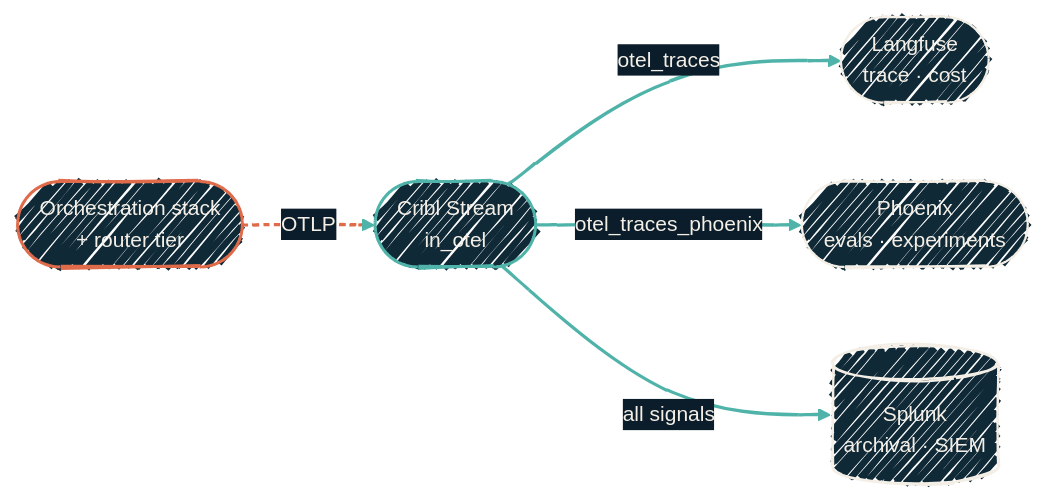
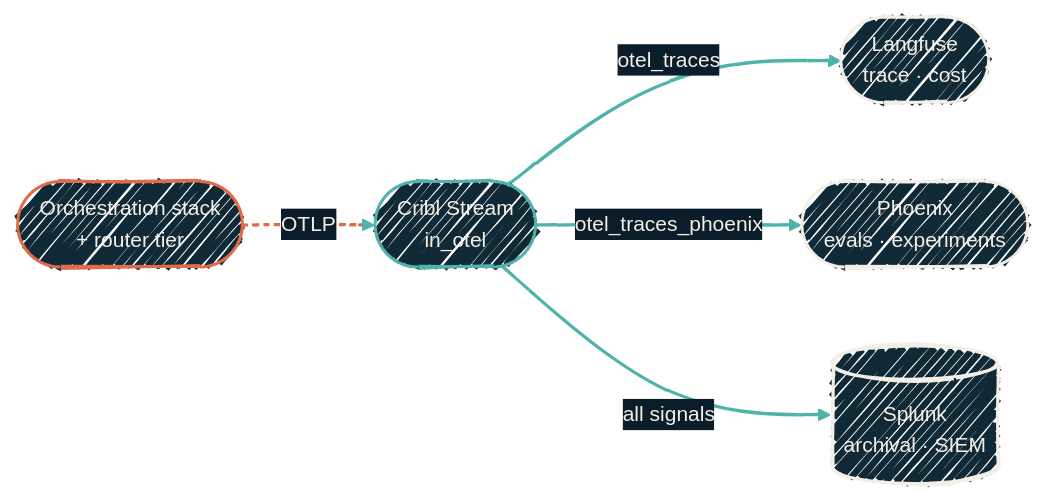
One commit to JacobPEvans/docs changed the diagram in observability/phoenix.mdx. Above: the diagram before and after it, drawn with Mermaid. The commit also changed other lines of this file and 3 other files, not shown here.

````diff
--- a/observability/phoenix.mdx
+++ b/observability/phoenix.mdx
@@ -61,27 +63,27 @@
 ```mermaid
 %%{init: {'theme':'base','look':'handDrawn','themeVariables':{'fontFamily':'Geist','fontSize':'14px','primaryColor':'#102937','primaryTextColor':'#F4EFE6','primaryBorderColor':'#4FB3A9','lineColor':'#4FB3A9','secondaryColor':'#0B1D2A','tertiaryColor':'#1A2A38','clusterBkg':'rgba(79,179,169,0.08)','clusterBorder':'#4FB3A9'}}}%%
 flowchart LR
   Apps([Orchestration stack<br/>+ router tier])
   Stream([Cribl Stream<br/>in_otel])
   LF([Langfuse<br/>trace · cost])
   PX([Phoenix<br/>evals · experiments])
   SP[(Splunk<br/>archival · SIEM)]
 
   Apps -->|OTLP| Stream
   Stream -->|otel_traces| LF
   Stream -->|otel_traces_phoenix| PX
   Stream -->|all signals| SP
 
-  classDef app  fill:#102937,stroke:#E06B4A,stroke-width:2px,color:#F4EFE6;
-  classDef hub  fill:#102937,stroke:#4FB3A9,stroke-width:2px,color:#F4EFE6;
-  classDef sink fill:#102937,stroke:#F4EFE6,stroke-width:1.5px,color:#F4EFE6;
+  classDef ai   fill:#102937,stroke:#E06B4A,stroke-width:2px,color:#F4EFE6;
+  classDef hop  fill:#102937,stroke:#4FB3A9,stroke-width:2px,color:#F4EFE6;
+  classDef sink fill:#102937,stroke:#F4EFE6,stroke-width:2px,color:#F4EFE6;
 
-  class Apps app
-  class Stream hub
+  class Apps ai
+  class Stream hop
   class LF,PX,SP sink
 
   click LF "/observability/llm-observability" "Langfuse and the OTLP path"
 
   linkStyle 0 stroke:#E06B4A,stroke-width:2px,stroke-dasharray:4 3;
   linkStyle 1,2,3 stroke:#4FB3A9,stroke-width:2px;
 ```
````
